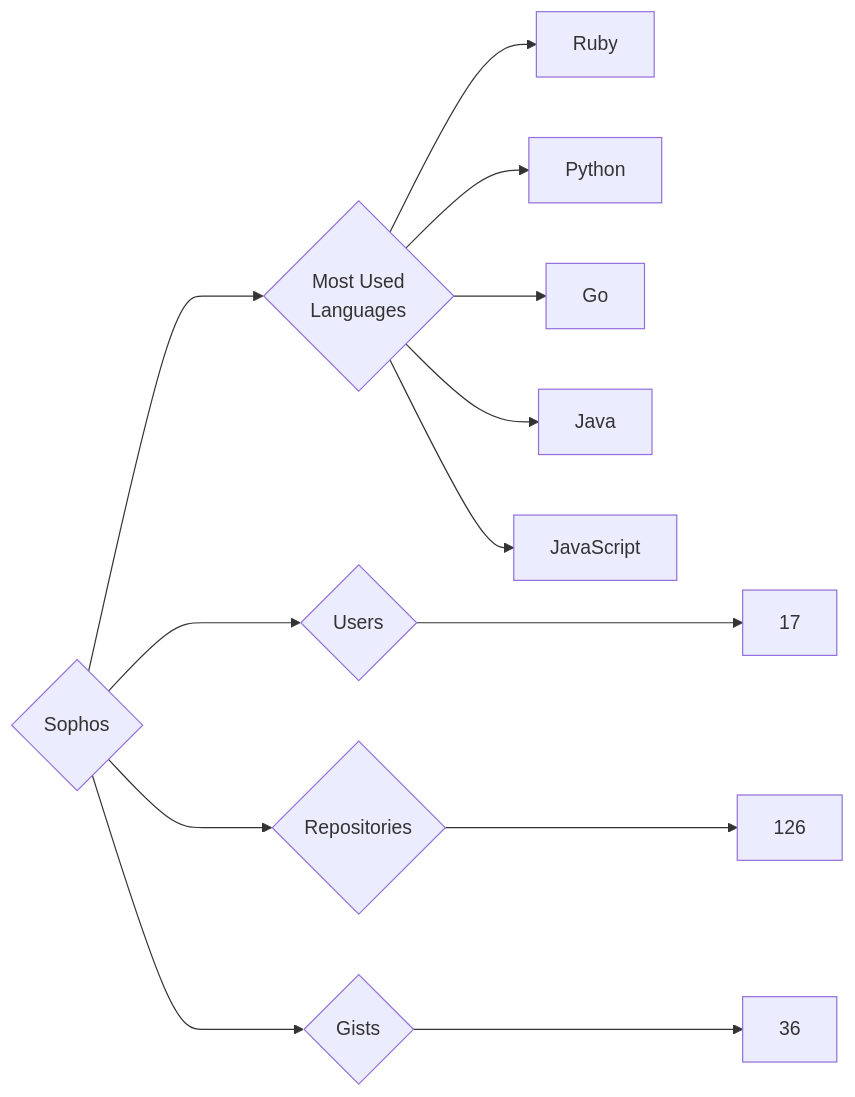
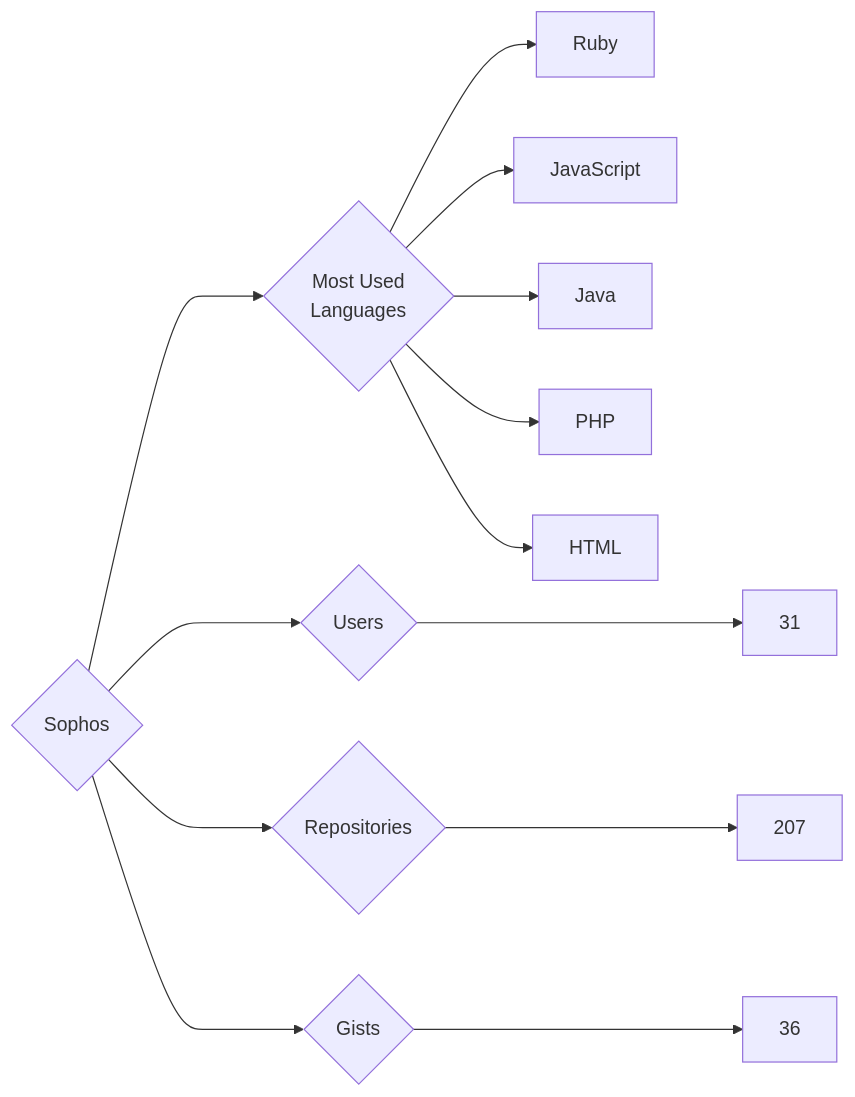
The diagram in targets/Sophos/README.md (trickest/insiders), drawn with Mermaid before and after one commit. The commit also changed 796 other files, not shown here.

````diff
--- a/targets/Sophos/README.md
+++ b/targets/Sophos/README.md
@@ -3,13 +3,13 @@
 ```mermaid
 graph LR
 COMPANY_NAME{Sophos}
-COMPANY_NAME ---> U{Users} ---> UN[17]
-COMPANY_NAME ---> R{Repositories} ---> RN[126]
+COMPANY_NAME ---> U{Users} ---> UN[31]
+COMPANY_NAME ---> R{Repositories} ---> RN[207]
 COMPANY_NAME ---> G{Gists} ---> GN[36]
 COMPANY_NAME ---> ML{Most Used<br>Languages}
 ML --> Ruby[Ruby]
-ML --> Python[Python]
-ML --> Go[Go]
+ML --> JavaScript[JavaScript]
 ML --> Java[Java]
-ML --> JavaScript[JavaScript]
+ML --> PHP[PHP]
+ML --> HTML[HTML]
 ```
````
